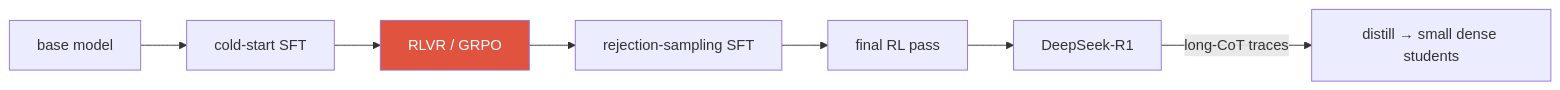
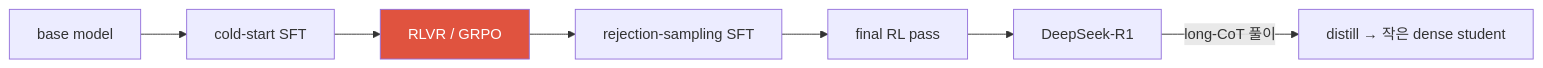
Before and after one commit to beomyoung-kim/ml_study: the third of 3 diagrams in content/llm/reasoning.ko.md, drawn with Mermaid. The commit also changed other lines of this file and 209 other files, not shown here.

````diff
--- a/content/llm/reasoning.ko.md
+++ b/content/llm/reasoning.ko.md
@@ -115,10 +252,10 @@
 ```mermaid
 flowchart LR
   Base["base model"] --> CS["cold-start SFT"]
   CS --> RL["RLVR / GRPO"]
   RL --> RS["rejection-sampling SFT"]
   RS --> RL2["final RL pass"]
   RL2 --> R1["DeepSeek-R1"]
-  R1 -->|"long-CoT traces"| Distill["distill → small dense students"]
+  R1 -->|"long-CoT 풀이"| Distill["distill → 작은 dense student"]
   style RL fill:#e0533f,color:#fff
 ```
````
